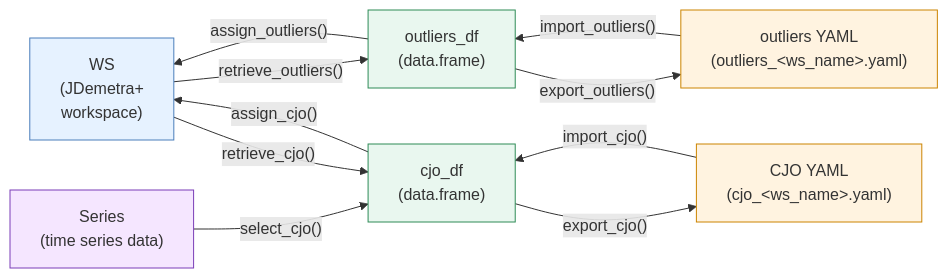
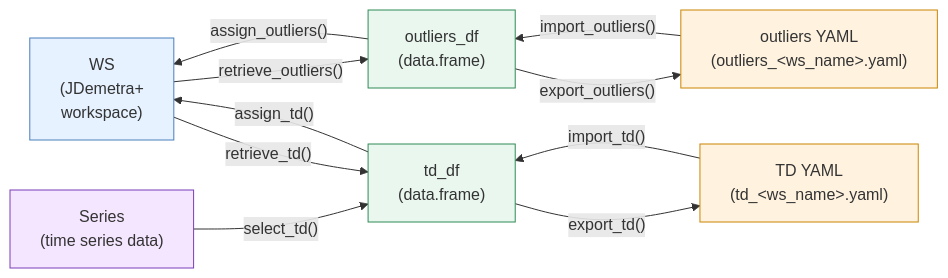
Before and after one commit to InseeFr/rjd3production: the second of 2 diagrams in README.Rmd, drawn with Mermaid. The commit also changed other lines of this file and 8 other files, not shown here.

````diff
--- a/README.Rmd
+++ b/README.Rmd
@@ -147,36 +147,36 @@
 ```mermaid
 
 flowchart LR
     %% Objects
     WS["WS<br/>(JDemetra+<br/>workspace)"]
     DF_OUT["outliers_df<br/>(data.frame)"]
-    DF_CJO["cjo_df<br/>(data.frame)"]
+    DF_TD["td_df<br/>(data.frame)"]
     YAML_OUT["outliers YAML<br/>(outliers_&lt;ws_name&gt;.yaml)"]
-    YAML_CJO["CJO YAML<br/>(cjo_&lt;ws_name&gt;.yaml)"]
+    YAML_TD["TD YAML<br/>(td_&lt;ws_name&gt;.yaml)"]
     SERIES["Series<br/>(time series data)"]
 
     %% Outliers workflow
     DF_OUT -->|"assign_outliers()"| WS
     WS -->|"retrieve_outliers()"| DF_OUT
     DF_OUT -->|"export_outliers()"| YAML_OUT
     YAML_OUT -->|"import_outliers()"| DF_OUT
 
-    %% CJO workflow
-    SERIES -->|"select_cjo()"| DF_CJO
-    WS -->|"retrieve_cjo()"| DF_CJO
-    DF_CJO -->|"export_cjo()"| YAML_CJO
-    YAML_CJO -->|"import_cjo()"| DF_CJO
-    DF_CJO -->|"assign_cjo()"| WS
+    %% TD workflow
+    SERIES -->|"select_td()"| DF_TD
+    WS -->|"retrieve_td()"| DF_TD
+    DF_TD -->|"export_td()"| YAML_TD
+    YAML_TD -->|"import_td()"| DF_TD
+    DF_TD -->|"assign_td()"| WS
 
     %% Styles
     classDef ws fill:#e6f2ff,stroke:#4a7ebb,stroke-width:1px;
     classDef df fill:#e9f7ef,stroke:#2e8b57,stroke-width:1px;
     classDef yaml fill:#fff3e0,stroke:#cc8400,stroke-width:1px;
     classDef series fill:#f5e6ff,stroke:#7a3db8,stroke-width:1px;
 
     class WS ws
-    class DF_OUT,DF_CJO df
-    class YAML_OUT,YAML_CJO yaml
+    class DF_OUT,DF_TD df
+    class YAML_OUT,YAML_TD yaml
     class SERIES series
 
 ```
````
